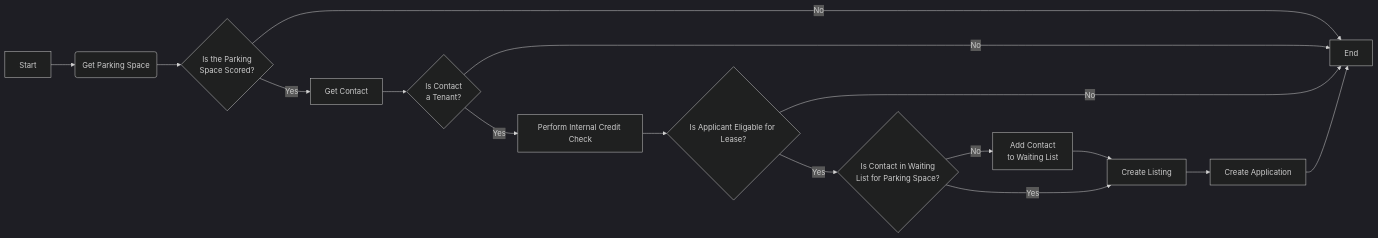
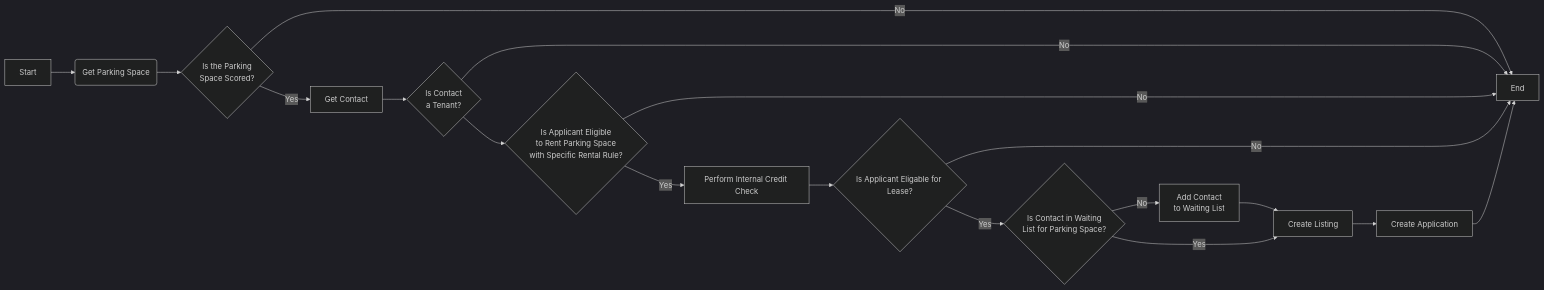
Before and after one commit to Bostads-AB-Mimer/onecore: the first of 2 diagrams in core/src/processes/parkingspaces/internal/DOCS_Create_Note_of_Interest_for_Scored_Parking_Space.md, drawn with Mermaid (dark theme). The commit also changed other lines of this file and 8 other files, not shown here.

````diff
--- a/core/src/processes/parkingspaces/internal/DOCS_Create_Note_of_Interest_for_Scored_Parking_Space.md
+++ b/core/src/processes/parkingspaces/internal/DOCS_Create_Note_of_Interest_for_Scored_Parking_Space.md
@@ -5,18 +5,20 @@
 ```mermaid
 flowchart LR
 A[Start] -->B(Get Parking Space)
 B --> C{Is the Parking<br/>Space Scored?}
 C --> |No| O
 C --> |Yes| D[Get Contact]
-D --> F{Is Contact<br/>a Tenant?}
-F --> |No| O[End]
+D --> E{Is Contact<br/>a Tenant?}
+E --> |No| O[End]
+E --> F{Is Applicant Eligible <br/>to Rent Parking Space <br/>with Specific Rental Rule?}
+F --> |No| O
 F --> |Yes| P[Perform Internal Credit Check]
 P --> Q{Is Applicant Eligable for Lease?}
 Q --> |No| O
 Q --> |Yes| H{Is Contact in Waiting<br/>List for Parking Space?}
 H --> |No| I[Add Contact<br/>to Waiting List]
 I --> J[Create Listing]
 J --> K[Create Application]
 H --> |Yes| J
 K --> O
 ```
````
